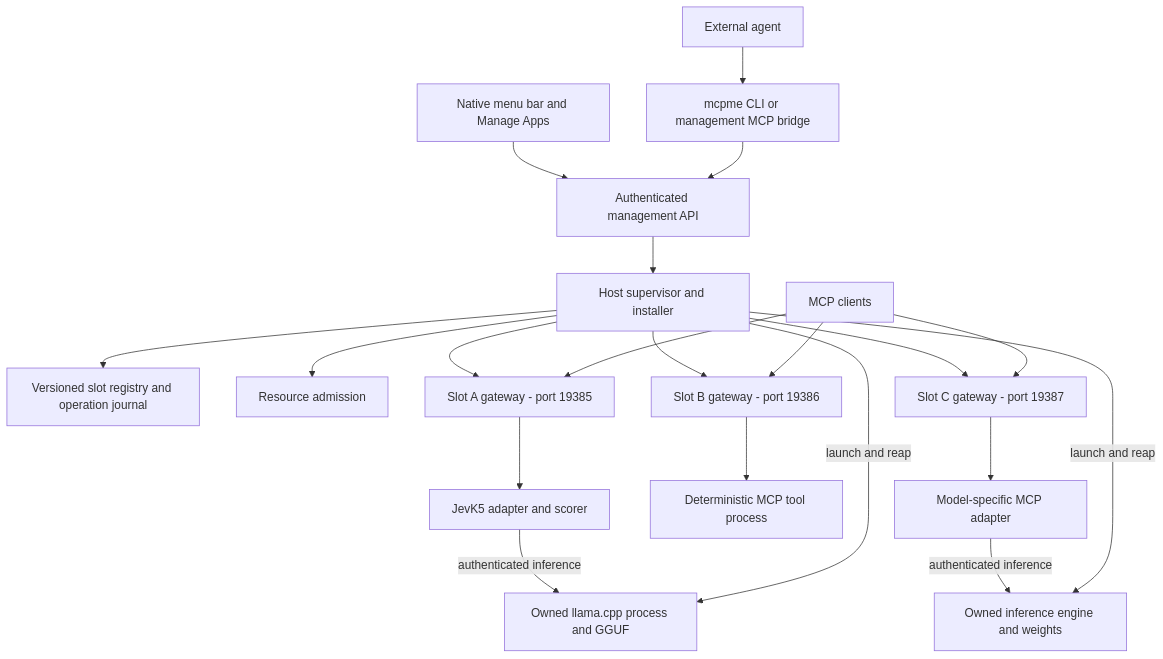
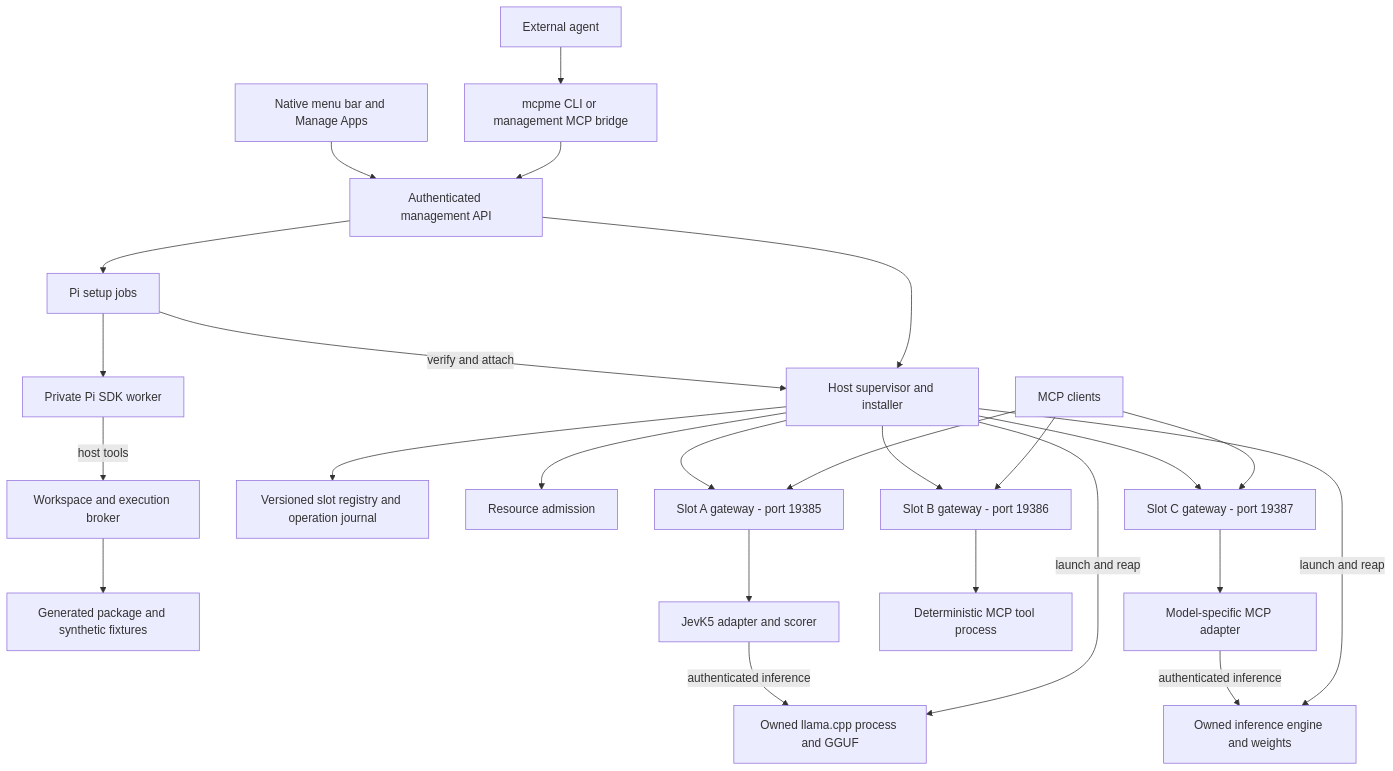
One commit to jshahbazi/meecp changed the first of 2 diagrams in docs/MCPME_DESIGN.md. Above: the diagram before and after it, drawn with Mermaid. The commit also changed other lines of this file and 30 other files, not shown here.

````diff
--- a/docs/MCPME_DESIGN.md
+++ b/docs/MCPME_DESIGN.md
@@ -66,22 +66,27 @@
 ```mermaid
 flowchart TB
     UI[Native menu bar and Manage Apps] --> Control[Authenticated management API]
     Agent[External agent] --> CLI[mcpme CLI or management MCP bridge]
     CLI --> Control
+    Control --> Setup[Pi setup jobs]
+    Setup --> Pi[Private Pi SDK worker]
+    Pi -->|host tools| Broker[Workspace and execution broker]
+    Broker --> Staging[Generated package and synthetic fixtures]
+    Setup -->|verify and attach| Supervisor
     Control --> Supervisor[Host supervisor and installer]
     Supervisor --> Registry[Versioned slot registry and operation journal]
     Supervisor --> Budget[Resource admission]
     Supervisor --> G1[Slot A gateway - port 19385]
     Supervisor --> G2[Slot B gateway - port 19386]
     Supervisor --> G3[Slot C gateway - port 19387]
     Clients[MCP clients] --> G1
     Clients --> G2
     Clients --> G3
     G1 --> Jev[JevK5 adapter and scorer]
     Jev -->|authenticated inference| Llama[Owned llama.cpp process and GGUF]
     Supervisor -->|launch and reap| Llama
     G2 --> Code[Deterministic MCP tool process]
     G3 --> Adapter[Model-specific MCP adapter]
     Adapter -->|authenticated inference| Engine[Owned inference engine and weights]
     Supervisor -->|launch and reap| Engine
 ```
````
